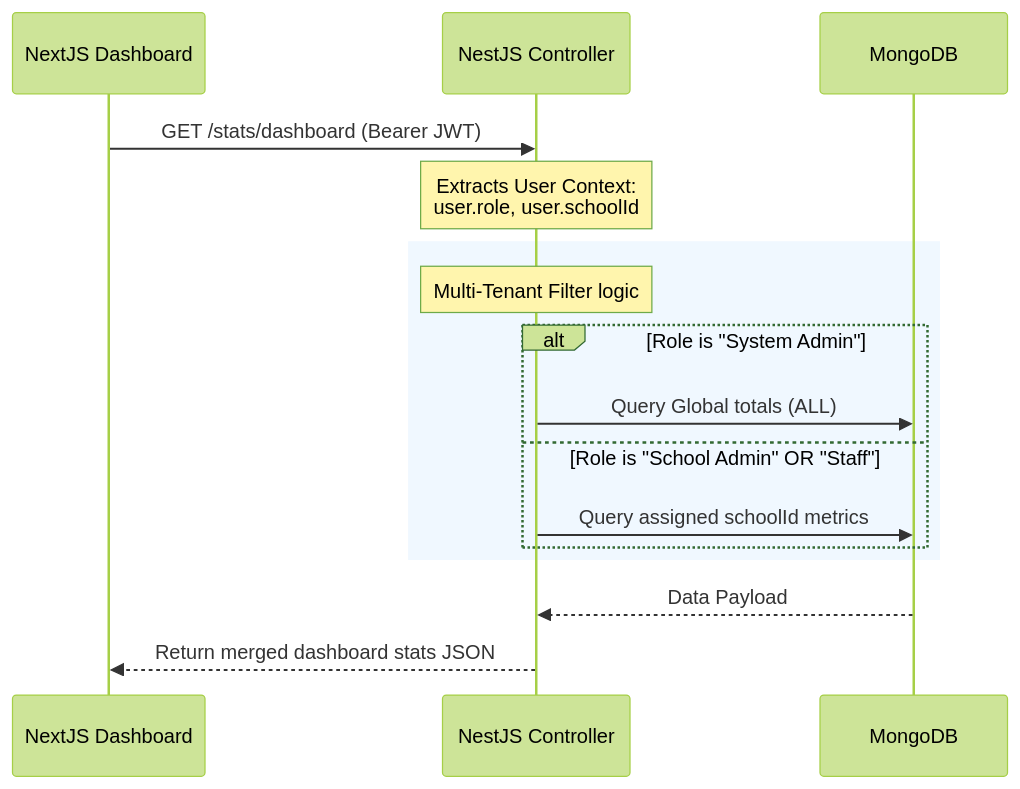
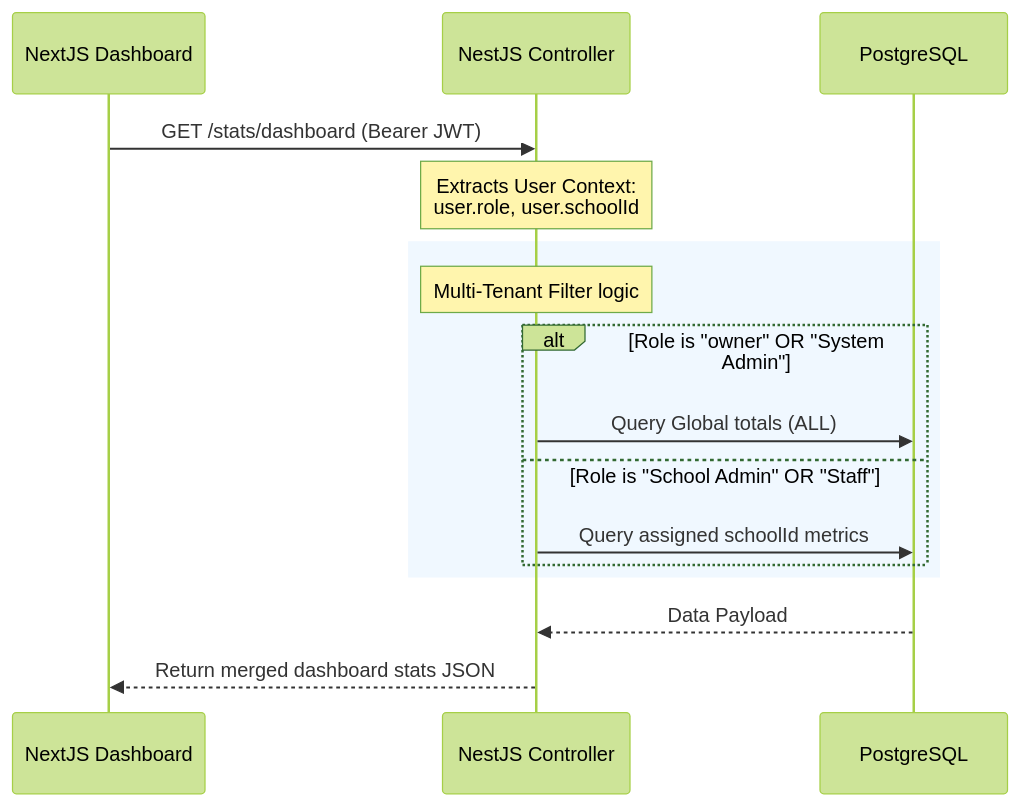
Before and after one commit to dev20chandan/saas: the diagram in architecture_summary.md, drawn with Mermaid (forest theme). The commit also changed other lines of this file and 7 other files, not shown here.

````diff
--- a/architecture_summary.md
+++ b/architecture_summary.md
@@ -99,21 +59,21 @@
 ```mermaid
 sequenceDiagram
     participant UI as NextJS Dashboard
     participant API as NestJS Controller
-    participant DB as MongoDB
+    participant DB as PostgreSQL
     
     UI->>API: GET /stats/dashboard (Bearer JWT)
     Note over API: Extracts User Context:<br/>user.role, user.schoolId
     
     rect rgb(240, 248, 255)
         Note over API: Multi-Tenant Filter logic
-        alt Role is "System Admin"
+        alt Role is "owner" OR "System Admin"
             API->>DB: Query Global totals (ALL)
         else Role is "School Admin" OR "Staff"
             API->>DB: Query assigned schoolId metrics
         end
     end
     
     DB-->>API: Data Payload
     API-->>UI: Return merged dashboard stats JSON
 ```
````
